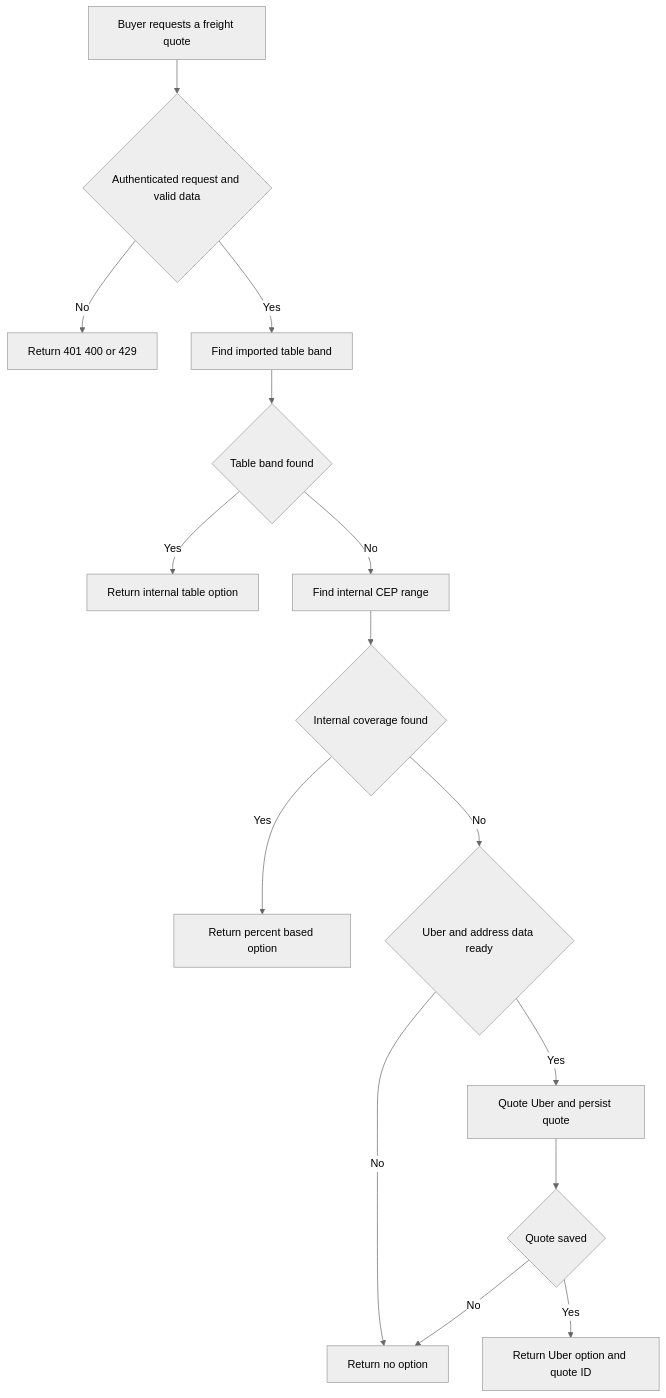
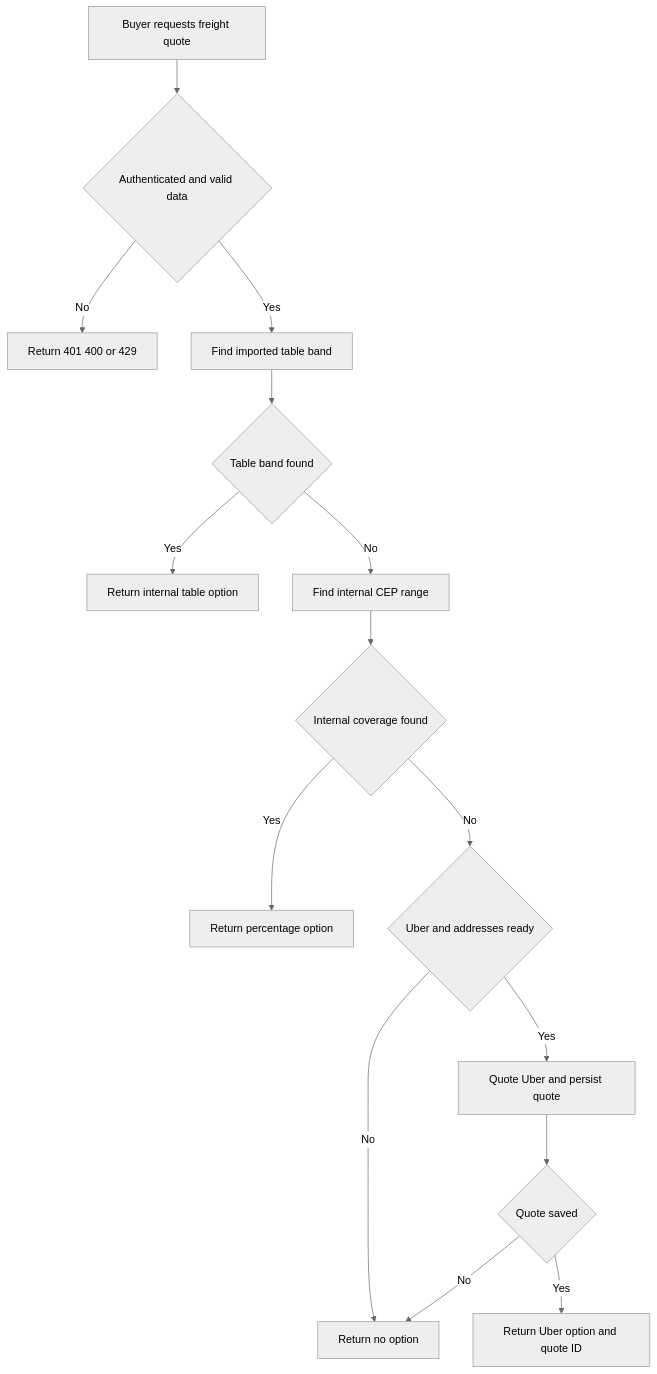
One commit to Schneider-Gr/industria24hIA changed the first of 2 diagrams in openwiki/workflows/fulfillment-and-logistics.md. Above: the diagram before and after it, drawn with Mermaid (neutral theme). The commit also changed other lines of this file and 32 other files, not shown here.

````diff
--- a/openwiki/workflows/fulfillment-and-logistics.md
+++ b/openwiki/workflows/fulfillment-and-logistics.md
@@ -75,17 +79,17 @@
 ```mermaid
 flowchart TD
-    Request["Buyer requests a freight quote"] --> Valid{"Authenticated request and valid data"}
+    Request["Buyer requests freight quote"] --> Valid{"Authenticated and valid data"}
     Valid -- No --> Reject["Return 401 400 or 429"]
     Valid -- Yes --> Table["Find imported table band"]
-    Table --> FoundTable{"Table band found"}
-    FoundTable -- Yes --> ReturnTable["Return internal table option"]
-    FoundTable -- No --> Internal["Find internal CEP range"]
-    Internal --> FoundInternal{"Internal coverage found"}
-    FoundInternal -- Yes --> ReturnInternal["Return percent based option"]
-    FoundInternal -- No --> Ready{"Uber and address data ready"}
+    Table --> HasTable{"Table band found"}
+    HasTable -- Yes --> ReturnTable["Return internal table option"]
+    HasTable -- No --> Internal["Find internal CEP range"]
+    Internal --> HasInternal{"Internal coverage found"}
+    HasInternal -- Yes --> ReturnInternal["Return percentage option"]
+    HasInternal -- No --> Ready{"Uber and addresses ready"}
     Ready -- No --> Empty["Return no option"]
     Ready -- Yes --> Quote["Quote Uber and persist quote"]
     Quote --> Saved{"Quote saved"}
     Saved -- Yes --> ReturnUber["Return Uber option and quote ID"]
     Saved -- No --> Empty
 ```
````
